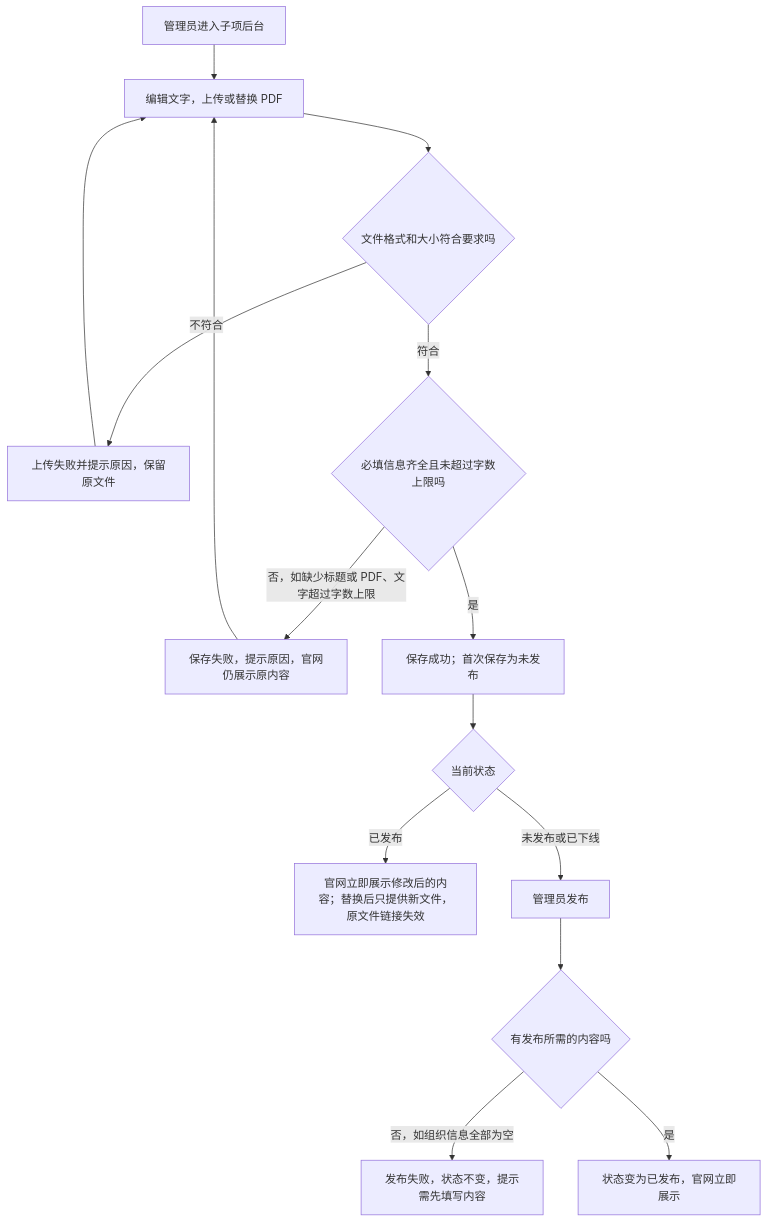
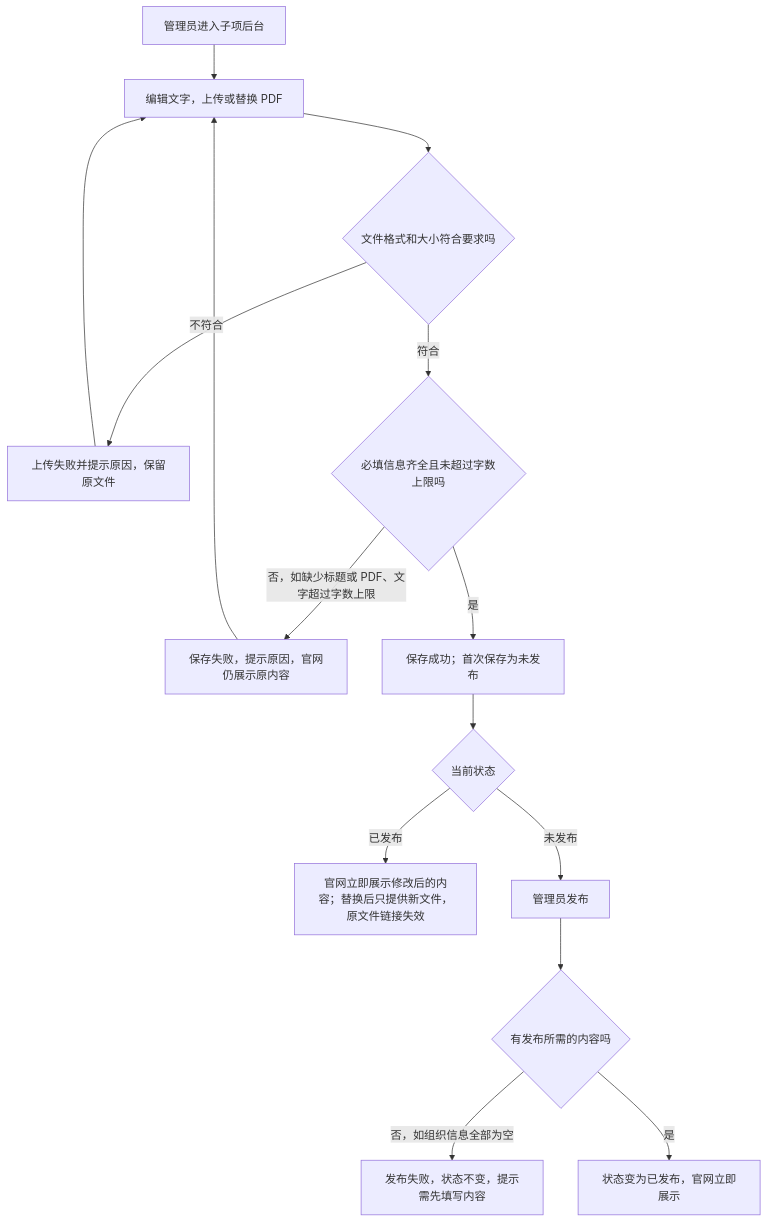
One commit to wxblockchain/luna changed the second of 5 diagrams in prd/about-us/luna-about-us-prd-02-flows.md. Above: the diagram before and after it, drawn with Mermaid. The commit also changed other lines of this file and 2 other files, not shown here.

````diff
--- a/prd/about-us/luna-about-us-prd-02-flows.md
+++ b/prd/about-us/luna-about-us-prd-02-flows.md
@@ -43,17 +43,17 @@
 ```mermaid
 flowchart TD
     A[管理员进入子项后台] --> B[编辑文字，上传或替换 PDF]
     B --> C{文件格式和大小符合要求吗}
     C -->|不符合| D[上传失败并提示原因，保留原文件]
     D --> B
     C -->|符合| E{必填信息齐全且未超过字数上限吗}
     E -->|否，如缺少标题或 PDF、文字超过字数上限| F[保存失败，提示原因，官网仍展示原内容]
     F --> B
     E -->|是| G[保存成功；首次保存为未发布]
     G --> H{当前状态}
     H -->|已发布| I[官网立即展示修改后的内容；替换后只提供新文件，原文件链接失效]
-    H -->|未发布或已下线| J[管理员发布]
+    H -->|未发布| J[管理员发布]
     J --> K{有发布所需的内容吗}
     K -->|否，如组织信息全部为空| L[发布失败，状态不变，提示需先填写内容]
     K -->|是| M[状态变为已发布，官网立即展示]
 ```
````
